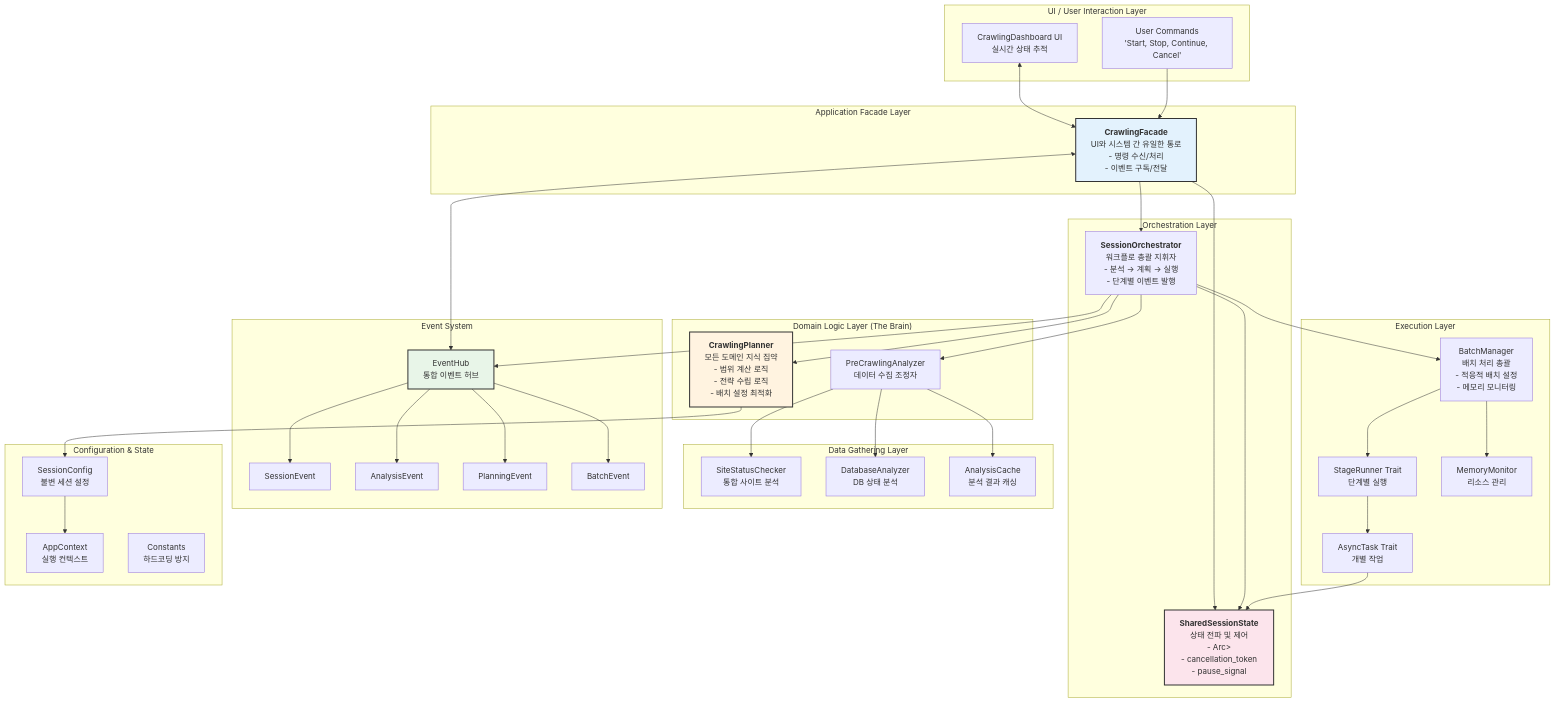
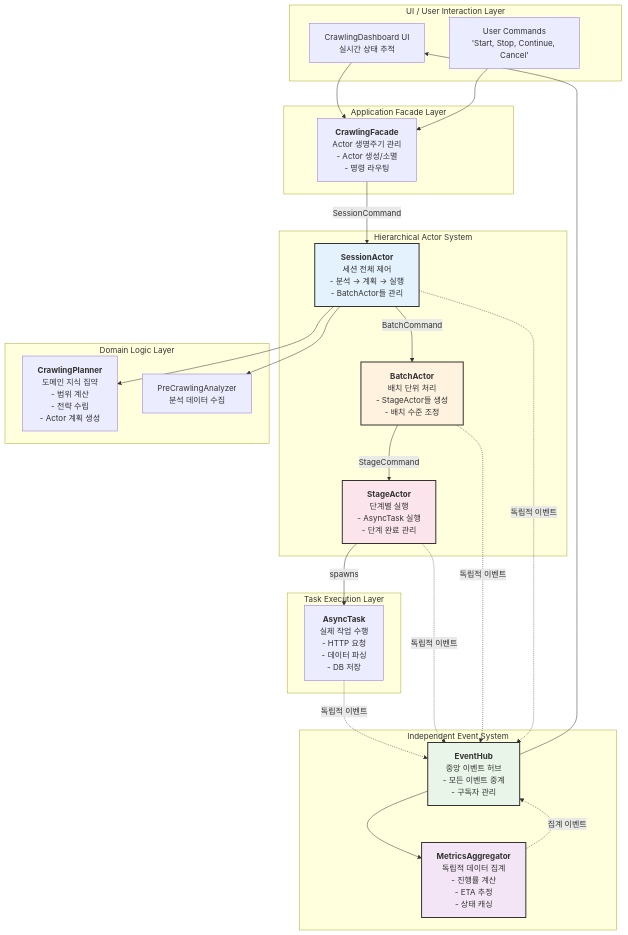
One commit to Chanseok/rMatterCertis changed the third of 8 diagrams in guide/re-arch-plan2.md. Above: the diagram before and after it, drawn with Mermaid. The commit also changed other lines of this file and 32 other files, not shown here.

First line of the commit message:
feat: Implement comprehensive system configuration management and testing UI for Modern Rust 2024 Actor system

````diff
--- a/guide/re-arch-plan2.md
+++ b/guide/re-arch-plan2.md
@@ -73,82 +103,62 @@
 ```mermaid
 graph TD
     subgraph "UI / User Interaction Layer"
         UI[CrawlingDashboard UI<br/>실시간 상태 추적]
         CMD[User Commands<br/>'Start, Stop, Continue, Cancel']
     end
 
     subgraph "Application Facade Layer"
-        CF["<b>CrawlingFacade</b><br/>UI와 시스템 간 유일한 통로<br/>- 명령 수신/처리<br/>- 이벤트 구독/전달"]
+        CF["<b>CrawlingFacade</b><br/>Actor 생명주기 관리<br/>- Actor 생성/소멸<br/>- 명령 라우팅"]
     end
 
-    subgraph "Orchestration Layer"
-        SO["<b>SessionOrchestrator</b><br/>워크플로 총괄 지휘자<br/>- 분석 → 계획 → 실행<br/>- 단계별 이벤트 발행"]
-        SS["<b>SharedSessionState</b><br/>상태 전파 및 제어<br/>- Arc<Mutex<State>><br/>- cancellation_token<br/>- pause_signal"]
+    subgraph "Hierarchical Actor System"
+        SA["<b>SessionActor</b><br/>세션 전체 제어<br/>- 분석 → 계획 → 실행<br/>- BatchActor들 관리"]
+        
+        BA["<b>BatchActor</b><br/>배치 단위 처리<br/>- StageActor들 생성<br/>- 배치 수준 조정"]
+        
+        STA["<b>StageActor</b><br/>단계별 실행<br/>- AsyncTask 실행<br/>- 단계 완료 관리"]
     end
 
-    subgraph "Domain Logic Layer (The Brain)"
-        CP["<b>CrawlingPlanner</b><br/>모든 도메인 지식 집약<br/>- 범위 계산 로직<br/>- 전략 수립 로직<br/>- 배치 설정 최적화"]
-        PCA[PreCrawlingAnalyzer<br/>데이터 수집 조정자]
+    subgraph "Task Execution Layer"
+        AT["<b>AsyncTask</b><br/>실제 작업 수행<br/>- HTTP 요청<br/>- 데이터 파싱<br/>- DB 저장"]
     end
 
-    subgraph "Data Gathering Layer"
-        SSC[SiteStatusChecker<br/>통합 사이트 분석]
-        DBA[DatabaseAnalyzer<br/>DB 상태 분석]
-        AC[AnalysisCache<br/>분석 결과 캐싱]
-    end
-    
-    subgraph "Execution Layer"
-        BM[BatchManager<br/>배치 처리 총괄<br/>- 적응적 배치 설정<br/>- 메모리 모니터링]
-        SR[StageRunner Trait<br/>단계별 실행]
-        AT[AsyncTask Trait<br/>개별 작업]
-        MM[MemoryMonitor<br/>리소스 관리]
+    subgraph "Independent Event System"
+        EH["<b>EventHub</b><br/>중앙 이벤트 허브<br/>- 모든 이벤트 중계<br/>- 구독자 관리"]
+        
+        MA["<b>MetricsAggregator</b><br/>독립적 데이터 집계<br/>- 진행률 계산<br/>- ETA 추정<br/>- 상태 캐싱"]
     end
 
-    subgraph "Event System"
-        EH[EventHub<br/>통합 이벤트 허브]
-        SE[SessionEvent]
-        AE[AnalysisEvent]
-        PE[PlanningEvent]
-        BE[BatchEvent]
+    subgraph "Domain Logic Layer"
+        CP["<b>CrawlingPlanner</b><br/>도메인 지식 집약<br/>- 범위 계산<br/>- 전략 수립<br/>- Actor 계획 생성"]
+        PCA[PreCrawlingAnalyzer<br/>분석 데이터 수집]
     end
 
-    subgraph "Configuration & State"
-        SC[SessionConfig<br/>불변 세션 설정]
-        ACX[AppContext<br/>실행 컨텍스트]
-        CONST[Constants<br/>하드코딩 방지]
-    end
+    %% Control Flow (Top-Down)
+    UI --> CF
+    CMD --> CF
+    CF --"SessionCommand"--> SA
+    SA --"BatchCommand"--> BA
+    BA --"StageCommand"--> STA
+    STA --"spawns"--> AT
 
-    UI <--> CF
-    CMD --> CF
-    CF --> SO
-    CF --> SS
-    CF <--> EH
+    %% Planning Flow
+    SA --> CP
+    SA --> PCA
 
-    SO --> PCA
-    SO --> CP
-    SO --> BM
-    SO --> SS
-    SO --> EH
+    %% Event Flow (Bottom-Up)
+    AT -.->|"독립적 이벤트"| EH
+    STA -.->|"독립적 이벤트"| EH
+    BA -.->|"독립적 이벤트"| EH
+    SA -.->|"독립적 이벤트"| EH
+    
+    EH --> MA
+    MA -.->|"집계 이벤트"| EH
+    EH --> UI
 
-    PCA --> SSC
-    PCA --> DBA
-    PCA --> AC
-
-    CP --> SC
-    SC --> ACX
-
-    BM --> SR
-    BM --> MM
-    SR --> AT
-    AT --> SS
-
-    EH --> SE
-    EH --> AE
-    EH --> PE
-    EH --> BE
-
-    style CF fill:#e3f2fd,stroke:#333,stroke-width:2px
-    style CP fill:#fff3e0,stroke:#333,stroke-width:2px
-    style SS fill:#fce4ec,stroke:#333,stroke-width:2px
+    style SA fill:#e3f2fd,stroke:#333,stroke-width:2px
+    style BA fill:#fff3e0,stroke:#333,stroke-width:2px
+    style STA fill:#fce4ec,stroke:#333,stroke-width:2px
     style EH fill:#e8f5e8,stroke:#333,stroke-width:2px
+    style MA fill:#f3e5f5,stroke:#333,stroke-width:2px
 ```
````
